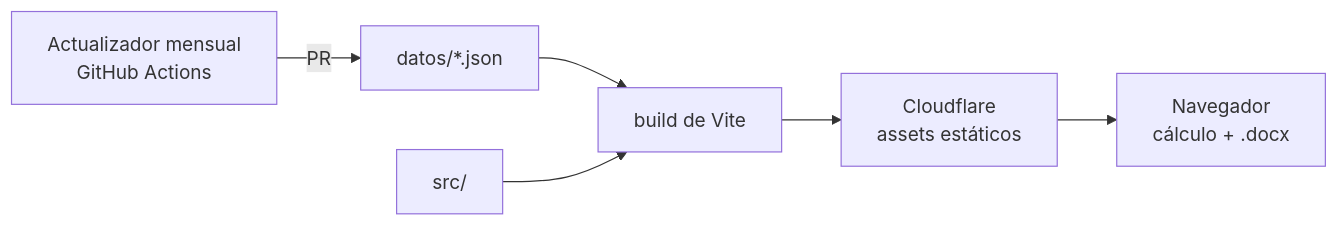
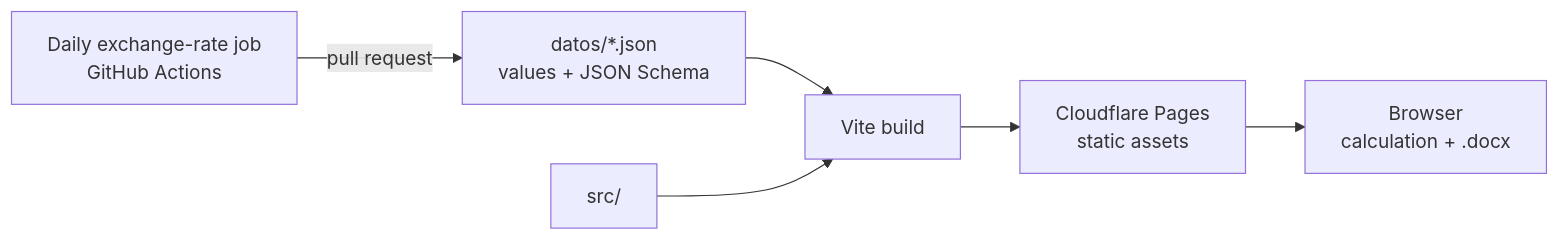
Before and after one commit to lautaromoreyraa/calculadora-honorarios: the diagram in README.md, drawn with Mermaid. The commit also changed other lines of this file, not shown here.

````diff
--- a/README.md
+++ b/README.md
@@ -24,8 +19,8 @@
 ```mermaid
 flowchart LR
-    D[datos/*.json] --> B[build de Vite]
+    D[datos/*.json<br/>values + JSON Schema] --> B[Vite build]
     S[src/] --> B
-    B --> C[Cloudflare<br/>assets estáticos]
-    C --> N[Navegador<br/>cálculo + .docx]
-    A[Actualizador mensual<br/>GitHub Actions] -- PR --> D
+    B --> C[Cloudflare Pages<br/>static assets]
+    C --> N[Browser<br/>calculation + .docx]
+    A[Daily exchange-rate job<br/>GitHub Actions] -- pull request --> D
 ```
````
